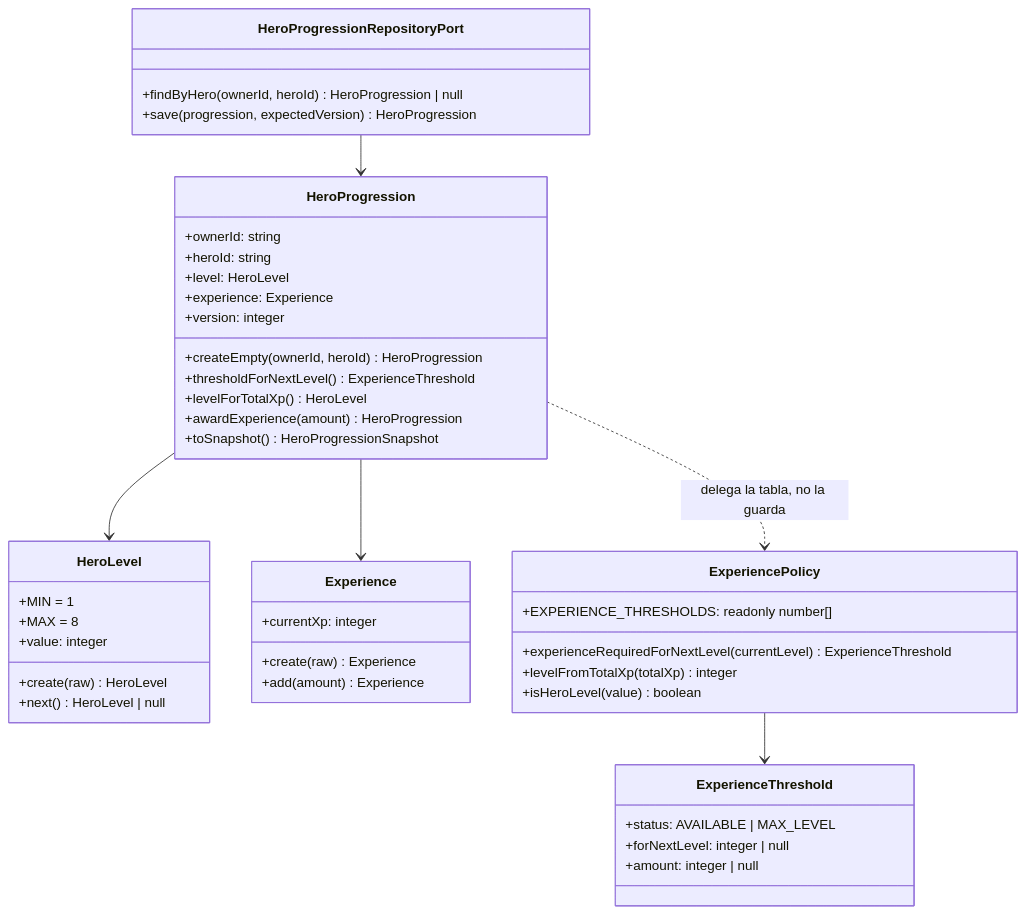
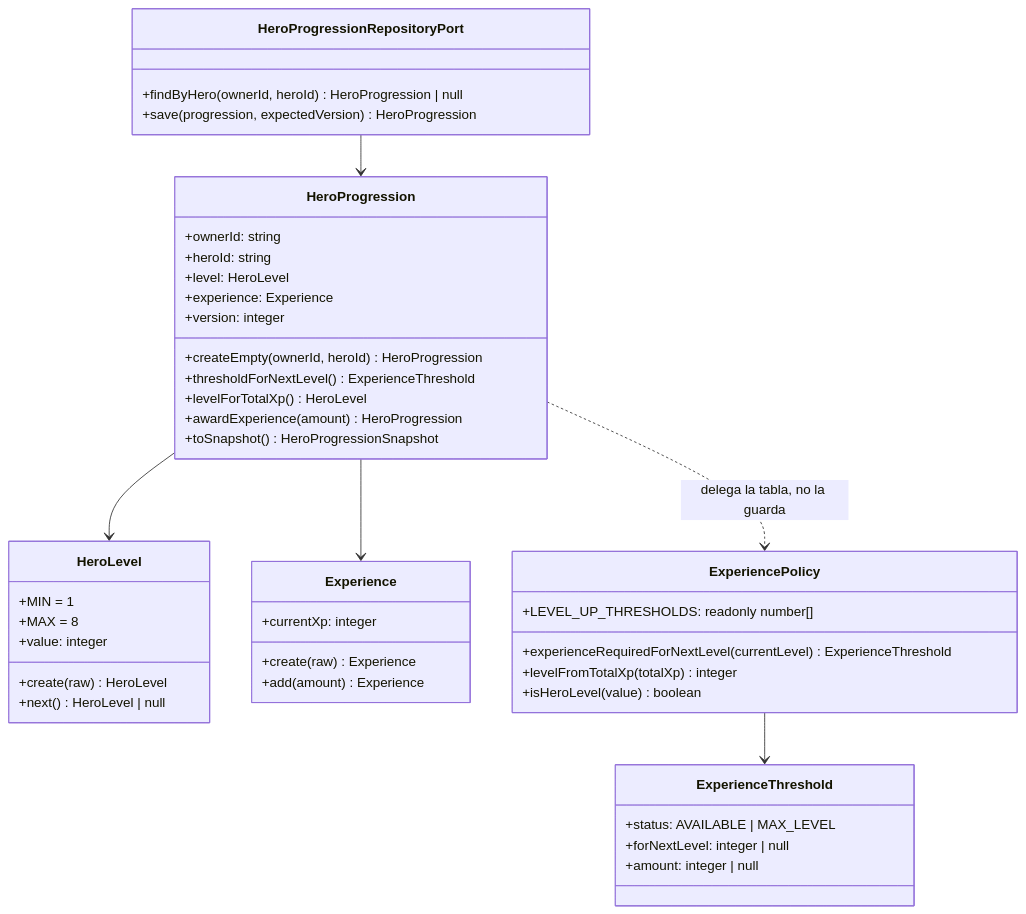
The fourth of 4 diagrams in docs/hu-08-progresion.md (Nexus-Battle-VI/Nexus-Battle-Player-Inventory), drawn with Mermaid before and after one commit. The commit also changed other lines of this file and 25 other files, not shown here.

````diff
--- a/docs/hu-08-progresion.md
+++ b/docs/hu-08-progresion.md
@@ -614,48 +597,48 @@
 ```mermaid
 classDiagram
   class HeroLevel {
     +MIN = 1
     +MAX = 8
     +value: integer
     +create(raw) HeroLevel
     +next() HeroLevel | null
   }
   class Experience {
     +currentXp: integer
     +create(raw) Experience
     +add(amount) Experience
   }
   class HeroProgression {
     +ownerId: string
     +heroId: string
     +level: HeroLevel
     +experience: Experience
     +version: integer
     +createEmpty(ownerId, heroId) HeroProgression
     +thresholdForNextLevel() ExperienceThreshold
     +levelForTotalXp() HeroLevel
     +awardExperience(amount) HeroProgression
     +toSnapshot() HeroProgressionSnapshot
   }
   class ExperienceThreshold {
     +status: AVAILABLE | MAX_LEVEL
     +forNextLevel: integer | null
     +amount: integer | null
   }
   class ExperiencePolicy {
-    +EXPERIENCE_THRESHOLDS: readonly number[]
+    +LEVEL_UP_THRESHOLDS: readonly number[]
     +experienceRequiredForNextLevel(currentLevel) ExperienceThreshold
     +levelFromTotalXp(totalXp) integer
     +isHeroLevel(value) boolean
   }
   class HeroProgressionRepositoryPort {
     +findByHero(ownerId, heroId) HeroProgression | null
     +save(progression, expectedVersion) HeroProgression
   }
 
   HeroProgression --> HeroLevel
   HeroProgression --> Experience
   HeroProgression ..> ExperiencePolicy : delega la tabla, no la guarda
   ExperiencePolicy --> ExperienceThreshold
   HeroProgressionRepositoryPort --> HeroProgression
 ```
````
